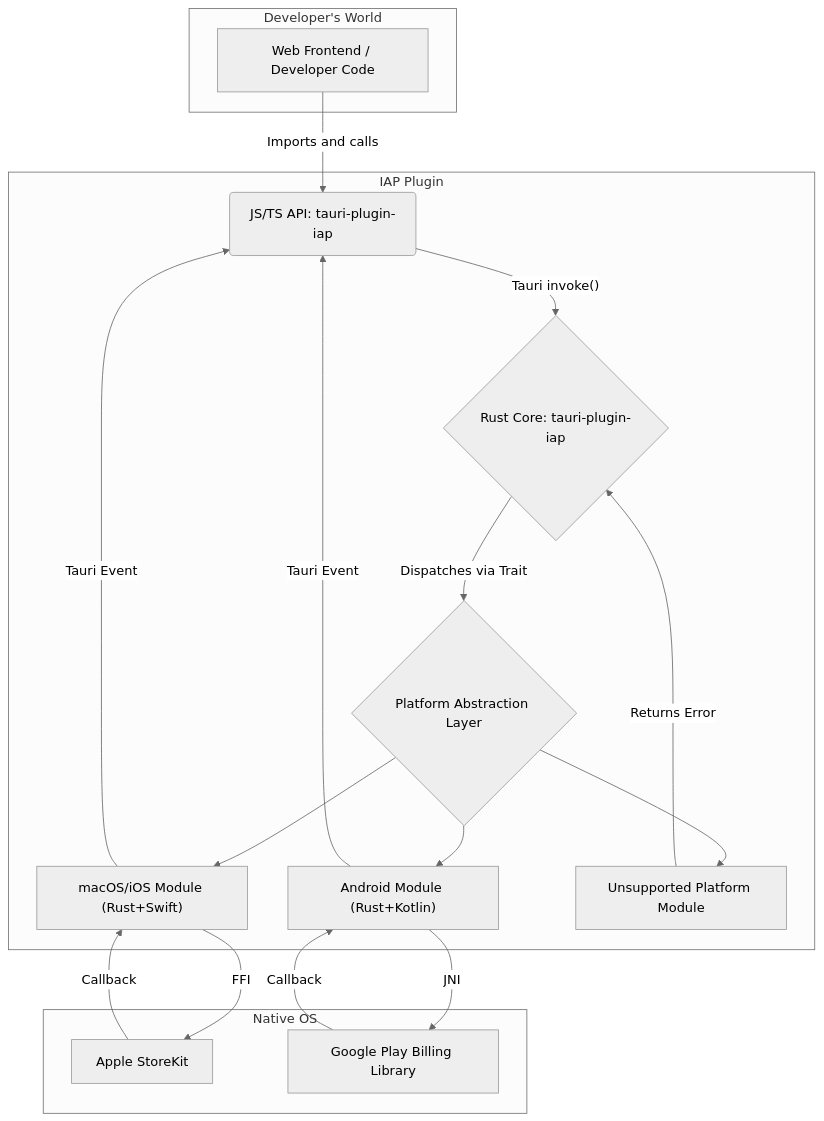
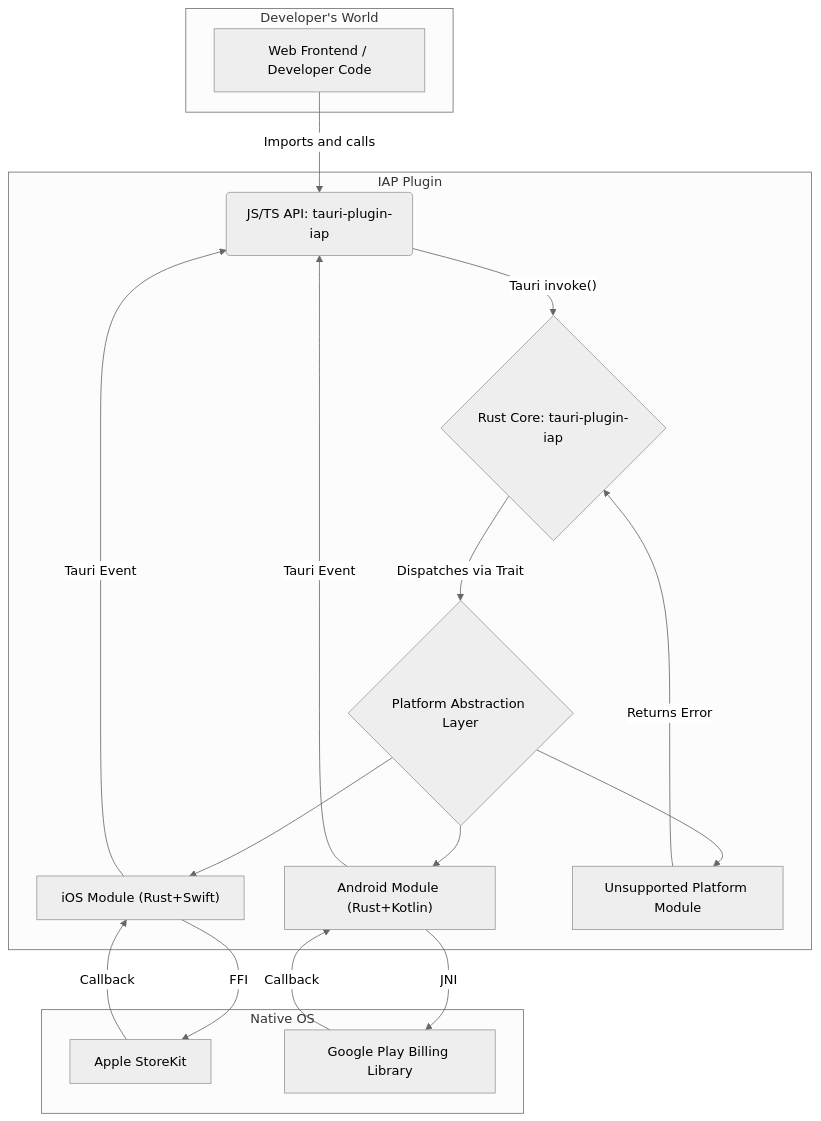
The diagram in docs/tauri_plugin_iap_design.md (trayvonpan/tauri-plugin-iap), drawn with Mermaid (neutral theme) before and after one commit. The commit also changed other lines of this file and 2 other files, not shown here.

Commit message:
Update README and implementation plan to clarify iOS support, removing references to macOS and updating project structure details

````diff
--- a/docs/tauri_plugin_iap_design.md
+++ b/docs/tauri_plugin_iap_design.md
@@ -20,35 +20,35 @@
 ```mermaid
 graph TD
     A[Web Frontend / Developer Code] -->|Imports and calls| B(JS/TS API: tauri-plugin-iap);
     B -->|"Tauri invoke()"| C{Rust Core: tauri-plugin-iap};
     C -->|Dispatches via Trait| D{Platform Abstraction Layer};
-    D --> E["macOS/iOS Module (Rust+Swift)"];
+    D --> E["iOS Module (Rust+Swift)"];
     D --> F["Android Module (Rust+Kotlin)"];
     D --> G[Unsupported Platform Module];
     E -->|FFI| H[Apple StoreKit];
     F -->|JNI| I[Google Play Billing Library];
 
     subgraph "Developer's World"
         A
     end
 
     subgraph "IAP Plugin"
         B
         C
         D
         E
         F
         G
     end
 
     subgraph "Native OS"
         H
         I
     end
 
     H -->|Callback| E;
     I -->|Callback| F;
     E -->|Tauri Event| B;
     F -->|Tauri Event| B;
     G -->|Returns Error| C;
 ```
````
